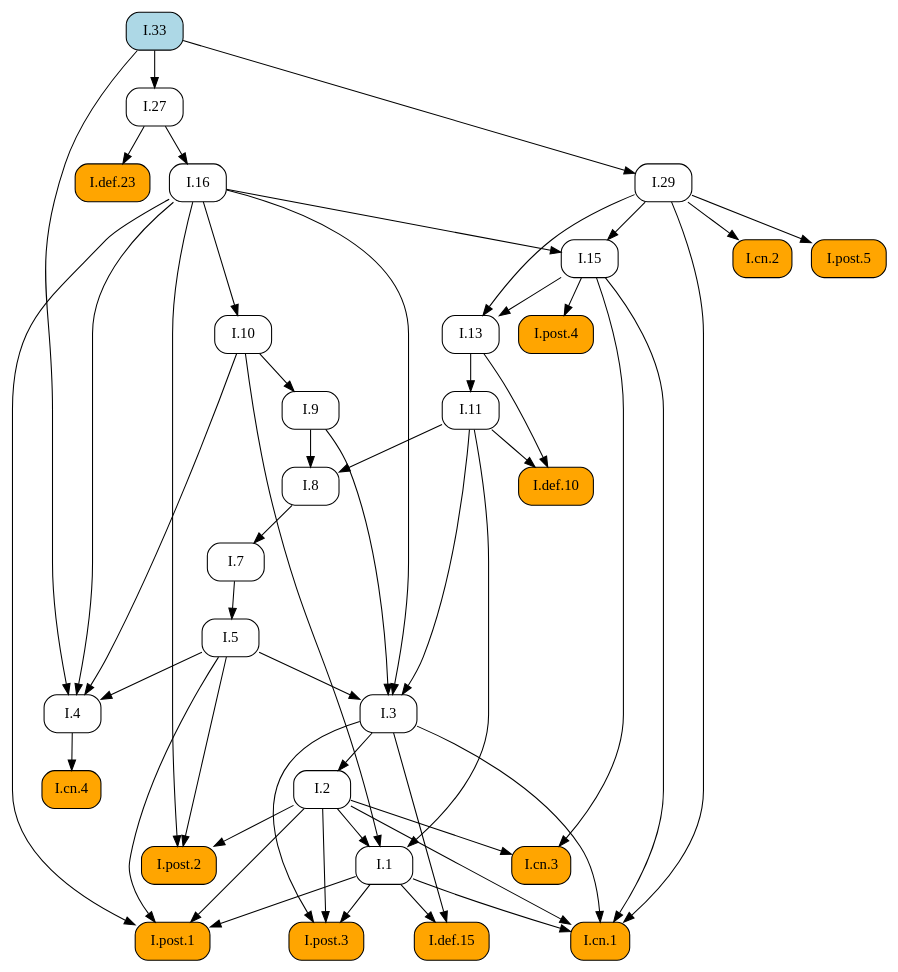
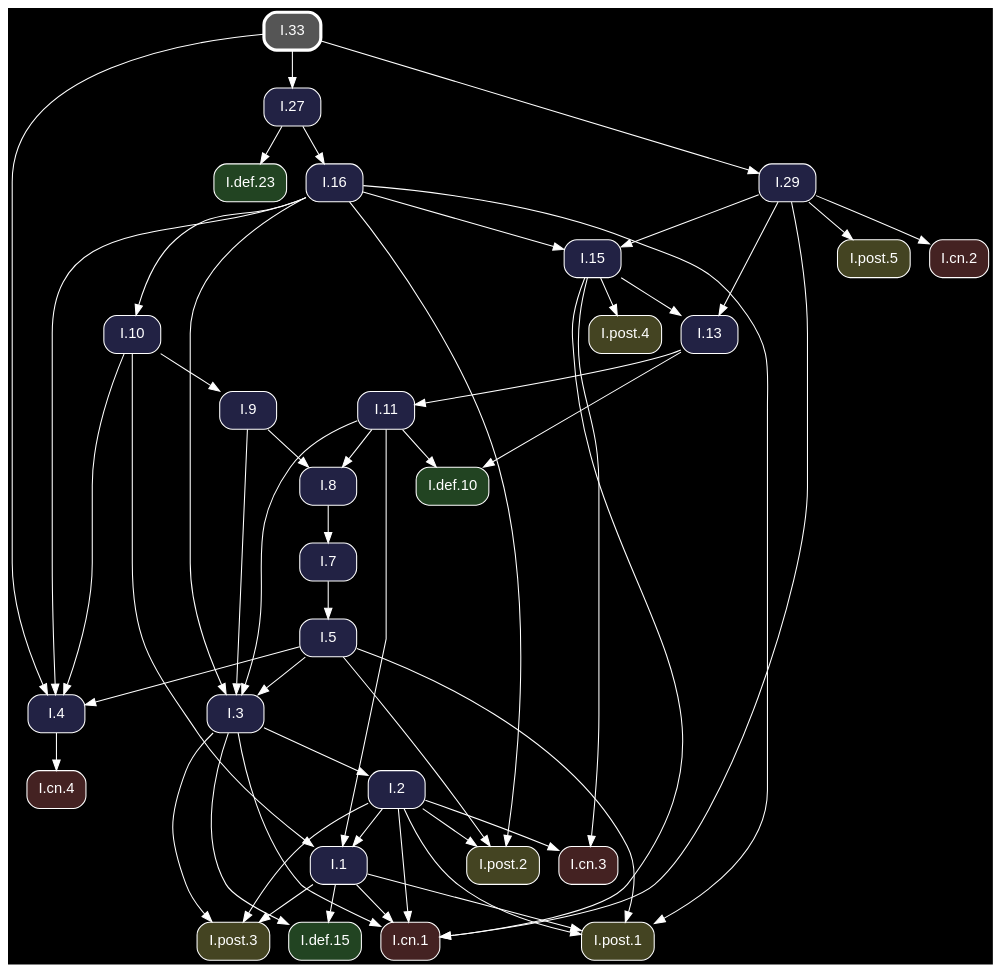
One commit to geometor/elements changed the diagram in docsrc/heath/I/33/index.rst. Above: the diagram before and after it, drawn with Graphviz. The commit also changed other lines of this file and 1200 other files, not shown here.

Commit message:
update dependency graphs

```diff
--- a/docsrc/heath/I/33/index.rst
+++ b/docsrc/heath/I/33/index.rst
@@ -73,86 +73,88 @@
 .. graphviz::
 
    digraph {
+     bgcolor="black";
+     node [shape=box, style="rounded,filled", fontname="Helvetica", color="white", fontcolor="white"];
+     edge [color="white", fontcolor="white"];
      rankdir="TB";
-     node [shape=box, style=rounded];
-     "I.9" [URL="/heath/I/9/", target="_top"];
-     "I.cn.1" [style="rounded,filled", fillcolor=orange, URL="/heath/I/cn.1/", target="_top"];
-     "I.33" [style="rounded,filled", fillcolor=lightblue, URL="/heath/I/33/", target="_top"];
-     "I.7" [URL="/heath/I/7/", target="_top"];
-     "I.2" [URL="/heath/I/2/", target="_top"];
-     "I.def.15" [style="rounded,filled", fillcolor=orange, URL="/heath/I/def.15/", target="_top"];
-     "I.13" [URL="/heath/I/13/", target="_top"];
-     "I.post.4" [style="rounded,filled", fillcolor=orange, URL="/heath/I/post.4/", target="_top"];
-     "I.4" [URL="/heath/I/4/", target="_top"];
-     "I.1" [URL="/heath/I/1/", target="_top"];
-     "I.post.3" [style="rounded,filled", fillcolor=orange, URL="/heath/I/post.3/", target="_top"];
-     "I.post.1" [style="rounded,filled", fillcolor=orange, URL="/heath/I/post.1/", target="_top"];
-     "I.5" [URL="/heath/I/5/", target="_top"];
-     "I.8" [URL="/heath/I/8/", target="_top"];
-     "I.cn.3" [style="rounded,filled", fillcolor=orange, URL="/heath/I/cn.3/", target="_top"];
-     "I.29" [URL="/heath/I/29/", target="_top"];
-     "I.16" [URL="/heath/I/16/", target="_top"];
-     "I.def.10" [style="rounded,filled", fillcolor=orange, URL="/heath/I/def.10/", target="_top"];
-     "I.15" [URL="/heath/I/15/", target="_top"];
-     "I.10" [URL="/heath/I/10/", target="_top"];
-     "I.11" [URL="/heath/I/11/", target="_top"];
-     "I.def.23" [style="rounded,filled", fillcolor=orange, URL="/heath/I/def.23/", target="_top"];
-     "I.cn.2" [style="rounded,filled", fillcolor=orange, URL="/heath/I/cn.2/", target="_top"];
-     "I.27" [URL="/heath/I/27/", target="_top"];
-     "I.post.5" [style="rounded,filled", fillcolor=orange, URL="/heath/I/post.5/", target="_top"];
-     "I.cn.4" [style="rounded,filled", fillcolor=orange, URL="/heath/I/cn.4/", target="_top"];
-     "I.post.2" [style="rounded,filled", fillcolor=orange, URL="/heath/I/post.2/", target="_top"];
-     "I.3" [URL="/heath/I/3/", target="_top"];
-     "I.10" -> "I.9";
+     "I.3" [fillcolor="#222244", URL="/heath/I/3/", target="_top"];
+     "I.post.1" [fillcolor="#444422", URL="/heath/I/post.1/", target="_top"];
+     "I.cn.1" [fillcolor="#442222", URL="/heath/I/cn.1/", target="_top"];
+     "I.def.10" [fillcolor="#224422", URL="/heath/I/def.10/", target="_top"];
+     "I.15" [fillcolor="#222244", URL="/heath/I/15/", target="_top"];
+     "I.11" [fillcolor="#222244", URL="/heath/I/11/", target="_top"];
+     "I.16" [fillcolor="#222244", URL="/heath/I/16/", target="_top"];
+     "I.cn.3" [fillcolor="#442222", URL="/heath/I/cn.3/", target="_top"];
+     "I.13" [fillcolor="#222244", URL="/heath/I/13/", target="_top"];
+     "I.27" [fillcolor="#222244", URL="/heath/I/27/", target="_top"];
+     "I.2" [fillcolor="#222244", URL="/heath/I/2/", target="_top"];
+     "I.post.2" [fillcolor="#444422", URL="/heath/I/post.2/", target="_top"];
+     "I.cn.2" [fillcolor="#442222", URL="/heath/I/cn.2/", target="_top"];
+     "I.29" [fillcolor="#222244", URL="/heath/I/29/", target="_top"];
+     "I.cn.4" [fillcolor="#442222", URL="/heath/I/cn.4/", target="_top"];
+     "I.def.23" [fillcolor="#224422", URL="/heath/I/def.23/", target="_top"];
+     "I.9" [fillcolor="#222244", URL="/heath/I/9/", target="_top"];
+     "I.1" [fillcolor="#222244", URL="/heath/I/1/", target="_top"];
+     "I.post.5" [fillcolor="#444422", URL="/heath/I/post.5/", target="_top"];
+     "I.post.4" [fillcolor="#444422", URL="/heath/I/post.4/", target="_top"];
+     "I.8" [fillcolor="#222244", URL="/heath/I/8/", target="_top"];
+     "I.4" [fillcolor="#222244", URL="/heath/I/4/", target="_top"];
+     "I.post.3" [fillcolor="#444422", URL="/heath/I/post.3/", target="_top"];
+     "I.33" [penwidth=3, color="white", fillcolor="#555555", URL="/heath/I/33/", target="_top"];
+     "I.7" [fillcolor="#222244", URL="/heath/I/7/", target="_top"];
+     "I.def.15" [fillcolor="#224422", URL="/heath/I/def.15/", target="_top"];
+     "I.5" [fillcolor="#222244", URL="/heath/I/5/", target="_top"];
+     "I.10" [fillcolor="#222244", URL="/heath/I/10/", target="_top"];
+     "I.5" -> "I.3";
+     "I.9" -> "I.3";
+     "I.11" -> "I.3";
+     "I.16" -> "I.3";
+     "I.1" -> "I.post.1";
+     "I.2" -> "I.post.1";
+     "I.5" -> "I.post.1";
+     "I.16" -> "I.post.1";
      "I.1" -> "I.cn.1";
      "I.2" -> "I.cn.1";
      "I.3" -> "I.cn.1";
      "I.15" -> "I.cn.1";
      "I.29" -> "I.cn.1";
-     "I.8" -> "I.7";
-     "I.3" -> "I.2";
-     "I.1" -> "I.def.15";
-     "I.3" -> "I.def.15";
+     "I.11" -> "I.def.10";
+     "I.13" -> "I.def.10";
+     "I.16" -> "I.15";
+     "I.29" -> "I.15";
+     "I.13" -> "I.11";
+     "I.27" -> "I.16";
+     "I.2" -> "I.cn.3";
+     "I.15" -> "I.cn.3";
      "I.15" -> "I.13";
      "I.29" -> "I.13";
+     "I.33" -> "I.27";
+     "I.3" -> "I.2";
+     "I.2" -> "I.post.2";
+     "I.5" -> "I.post.2";
+     "I.16" -> "I.post.2";
+     "I.29" -> "I.cn.2";
+     "I.33" -> "I.29";
+     "I.4" -> "I.cn.4";
+     "I.27" -> "I.def.23";
+     "I.10" -> "I.9";
+     "I.2" -> "I.1";
+     "I.10" -> "I.1";
+     "I.11" -> "I.1";
+     "I.29" -> "I.post.5";
      "I.15" -> "I.post.4";
+     "I.9" -> "I.8";
+     "I.11" -> "I.8";
      "I.5" -> "I.4";
      "I.10" -> "I.4";
      "I.16" -> "I.4";
      "I.33" -> "I.4";
-     "I.2" -> "I.1";
-     "I.10" -> "I.1";
-     "I.11" -> "I.1";
      "I.1" -> "I.post.3";
      "I.2" -> "I.post.3";
      "I.3" -> "I.post.3";
-     "I.1" -> "I.post.1";
-     "I.2" -> "I.post.1";
-     "I.5" -> "I.post.1";
-     "I.16" -> "I.post.1";
+     "I.8" -> "I.7";
+     "I.1" -> "I.def.15";
+     "I.3" -> "I.def.15";
      "I.7" -> "I.5";
-     "I.9" -> "I.8";
-     "I.11" -> "I.8";
-     "I.2" -> "I.cn.3";
-     "I.15" -> "I.cn.3";
-     "I.33" -> "I.29";
-     "I.27" -> "I.16";
-     "I.11" -> "I.def.10";
-     "I.13" -> "I.def.10";
-     "I.16" -> "I.15";
-     "I.29" -> "I.15";
      "I.16" -> "I.10";
-     "I.13" -> "I.11";
-     "I.27" -> "I.def.23";
-     "I.29" -> "I.cn.2";
-     "I.33" -> "I.27";
-     "I.29" -> "I.post.5";
-     "I.4" -> "I.cn.4";
-     "I.2" -> "I.post.2";
-     "I.5" -> "I.post.2";
-     "I.16" -> "I.post.2";
-     "I.5" -> "I.3";
-     "I.9" -> "I.3";
-     "I.11" -> "I.3";
-     "I.16" -> "I.3";
    }
```
